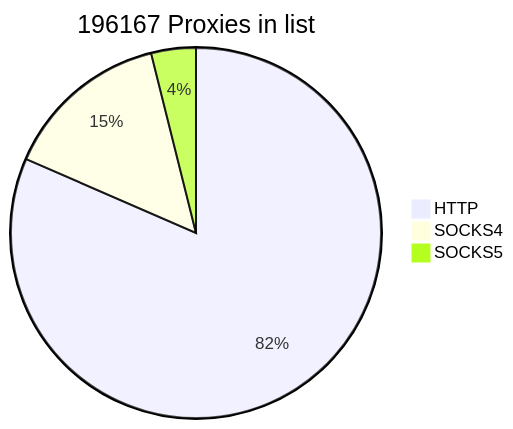
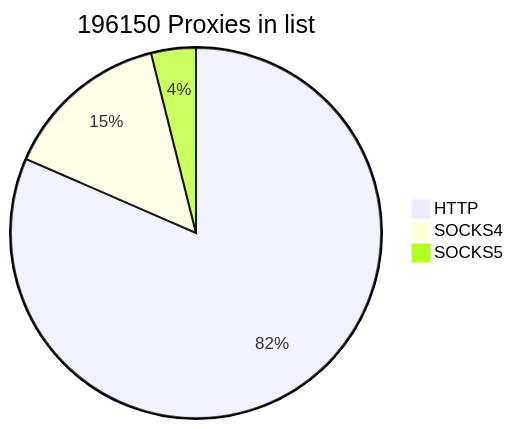
The first of 2 diagrams in README.md (cutipu/proxylist), drawn with Mermaid before and after one commit. The commit also changed other lines of this file, not shown here.

````diff
--- a/README.md
+++ b/README.md
@@ -2,7 +2,7 @@
 ```mermaid
-pie title 196167 Proxies in list
+pie title 196150 Proxies in list
     "HTTP" : 159938
-    "SOCKS4" : 28584
-    "SOCKS5" : 7645
+    "SOCKS4" : 28563
+    "SOCKS5" : 7649
             
 ```
````
